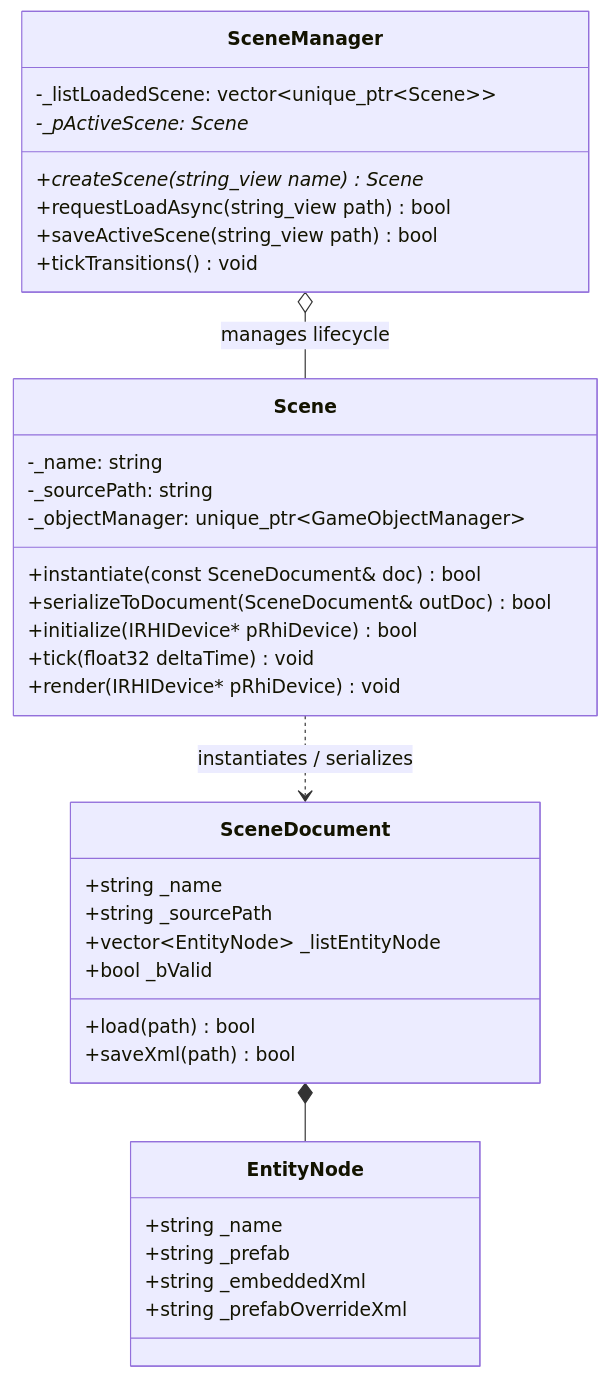
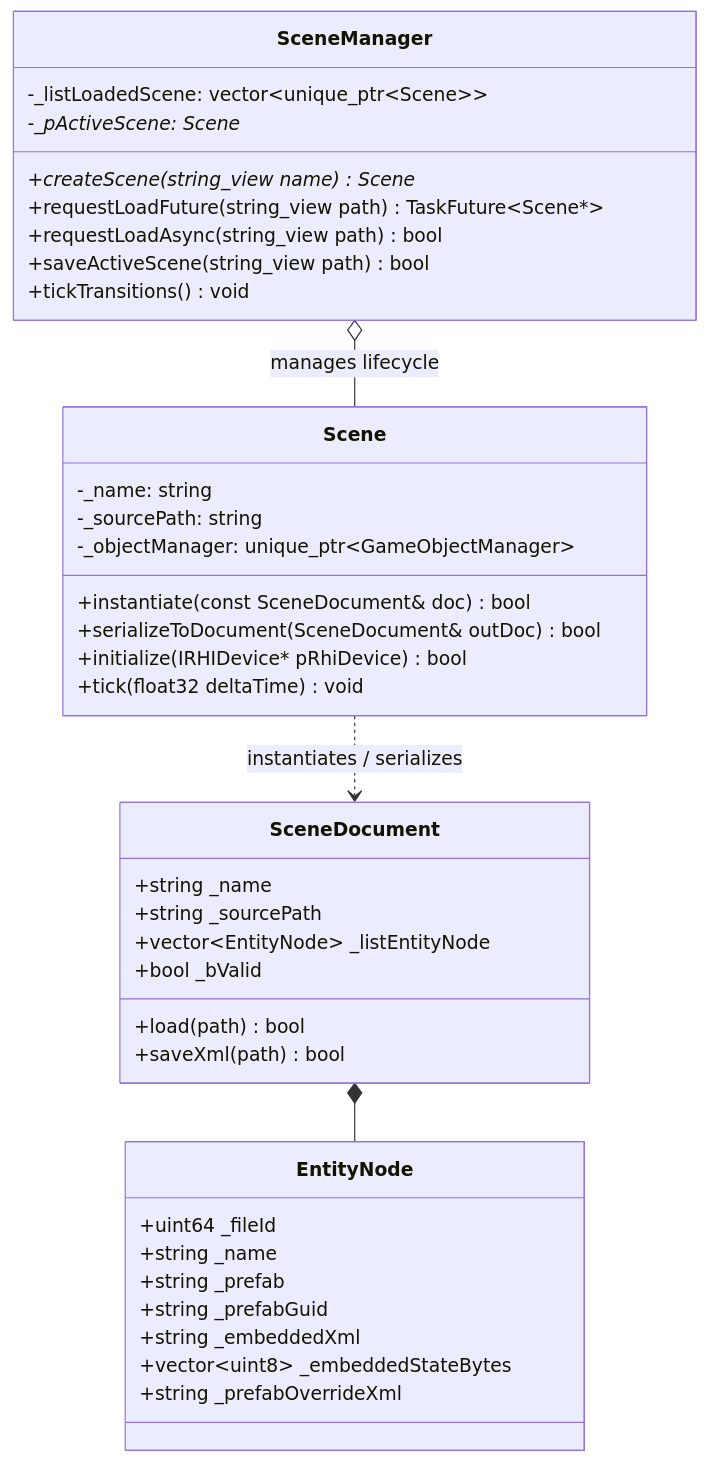
The diagram in Source/Engine/Scene/README.md (sswgame/LearningTemplate), drawn with Mermaid before and after one commit. The commit also changed other lines of this file and 3 other files, not shown here.

````diff
--- a/Source/Engine/Scene/README.md
+++ b/Source/Engine/Scene/README.md
@@ -11,42 +11,45 @@
 ```mermaid
 classDiagram
     class SceneDocument {
         +string _name
         +string _sourcePath
         +vector~EntityNode~ _listEntityNode
         +bool _bValid
         +load(path) bool
         +saveXml(path) bool
     }
 
     class EntityNode {
+        +uint64 _fileId
         +string _name
         +string _prefab
+        +string _prefabGuid
         +string _embeddedXml
+        +vector~uint8~ _embeddedStateBytes
         +string _prefabOverrideXml
     }
 
     class Scene {
         -_name: string
         -_sourcePath: string
         -_objectManager: unique_ptr~GameObjectManager~
         +instantiate(const SceneDocument& doc) bool
         +serializeToDocument(SceneDocument& outDoc) bool
         +initialize(IRHIDevice* pRhiDevice) bool
         +tick(float32 deltaTime) void
-        +render(IRHIDevice* pRhiDevice) void
     }
 
     class SceneManager {
         -_listLoadedScene: vector~unique_ptr~Scene~~
         -_pActiveScene: Scene*
         +createScene(string_view name) Scene*
+        +requestLoadFuture(string_view path) TaskFuture~Scene*~
         +requestLoadAsync(string_view path) bool
         +saveActiveScene(string_view path) bool
         +tickTransitions() void
     }
 
     SceneDocument *-- EntityNode
     Scene ..> SceneDocument : instantiates / serializes
     SceneManager o-- Scene : manages lifecycle
 ```
````
